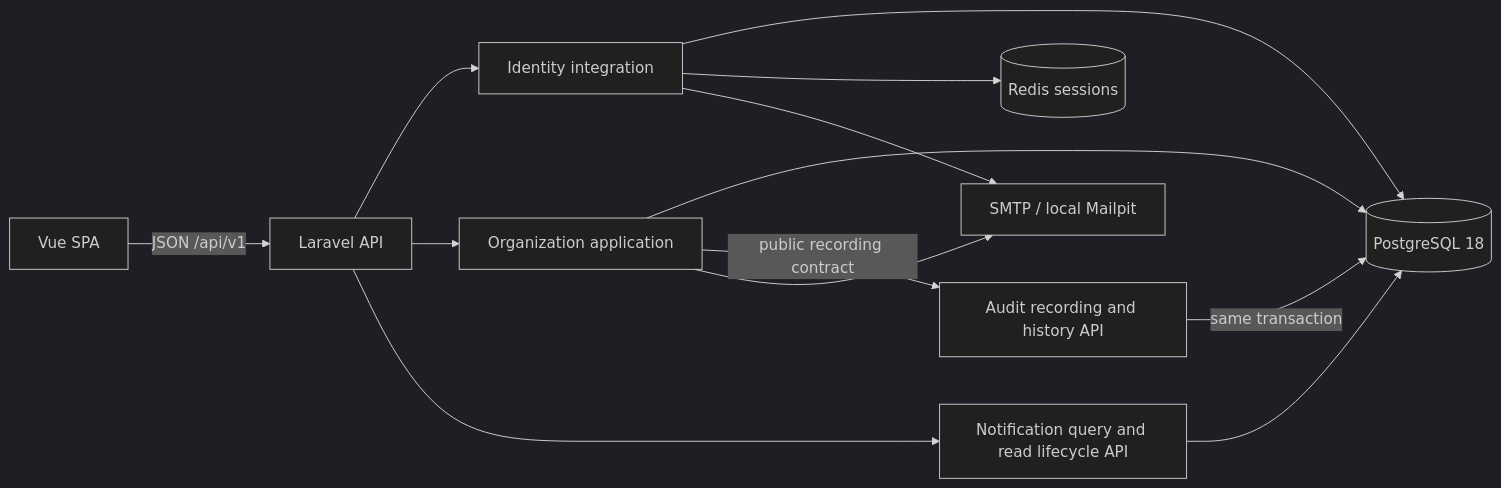
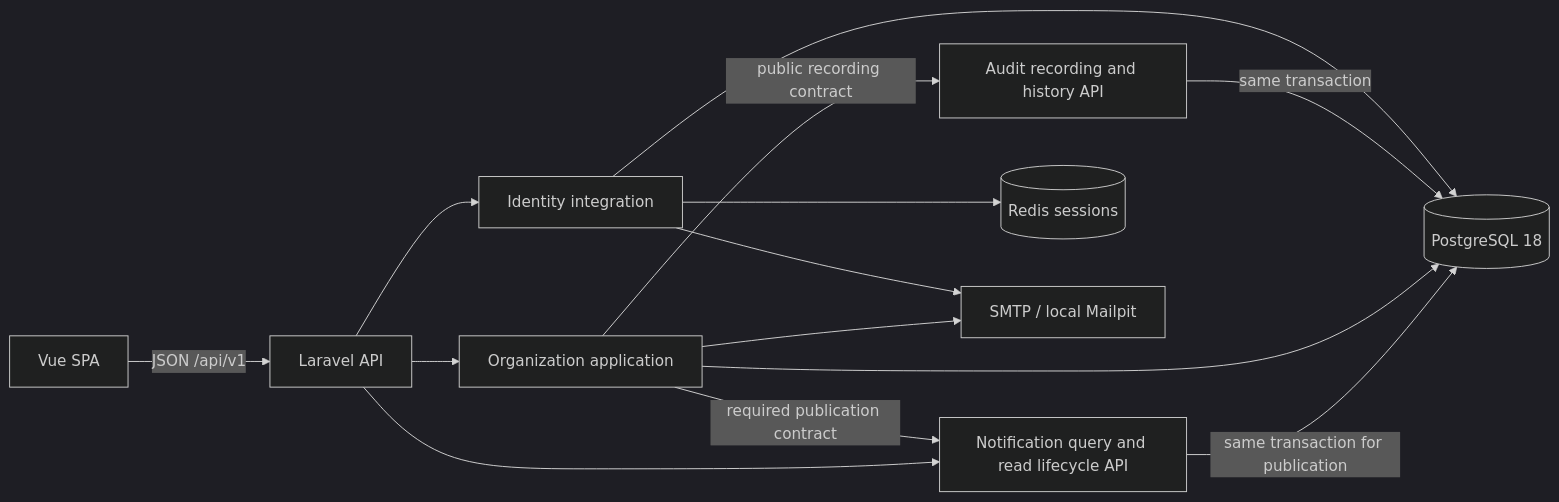
Before and after one commit to Assemessam/core-erp: the diagram in docs/architecture/system-overview.md, drawn with Mermaid (dark theme). The commit also changed other lines of this file and 14 other files, not shown here.

````diff
--- a/docs/architecture/system-overview.md
+++ b/docs/architecture/system-overview.md
@@ -5,15 +5,16 @@
 ```mermaid
 flowchart LR
     SPA[Vue SPA] -->|JSON /api/v1| API[Laravel API]
     API --> Identity[Identity integration]
     API --> Organization[Organization application]
     API --> Notification[Notification query and read lifecycle API]
-    Notification --> PG
+    Organization -->|required publication contract| Notification
+    Notification -->|same transaction for publication| PG
     Organization --> PG[(PostgreSQL 18)]
     Organization -->|public recording contract| Audit[Audit recording and history API]
     Audit -->|same transaction| PG
     Identity --> PG
     Identity --> Redis[(Redis sessions)]
     Organization --> Mailpit[SMTP / local Mailpit]
     Identity --> Mailpit
 ```
````
